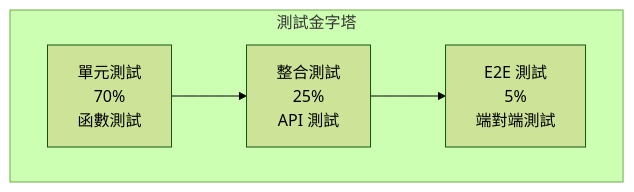
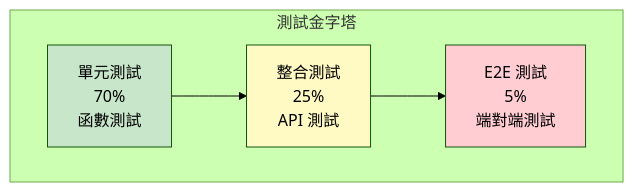
One commit to tboydar/service-booking-api changed diagram 11 of 22 in README.md. Above: the diagram before and after it, drawn with Mermaid (forest theme). The commit also changed other lines of this file and 11 other files, not shown here.

````diff
--- a/README.md
+++ b/README.md
@@ -853,12 +700,15 @@
 ```mermaid
 flowchart TB
     subgraph "測試金字塔"
         E2E["E2E 測試<br/>5%<br/>端對端測試"]
         Integration["整合測試<br/>25%<br/>API 測試"]
         Unit["單元測試<br/>70%<br/>函數測試"]
     end
 
     Unit --> Integration
     Integration --> E2E
 
+    style E2E fill:#ffcdd2
+    style Integration fill:#fff9c4
+    style Unit fill:#c8e6c9
 ```
````
